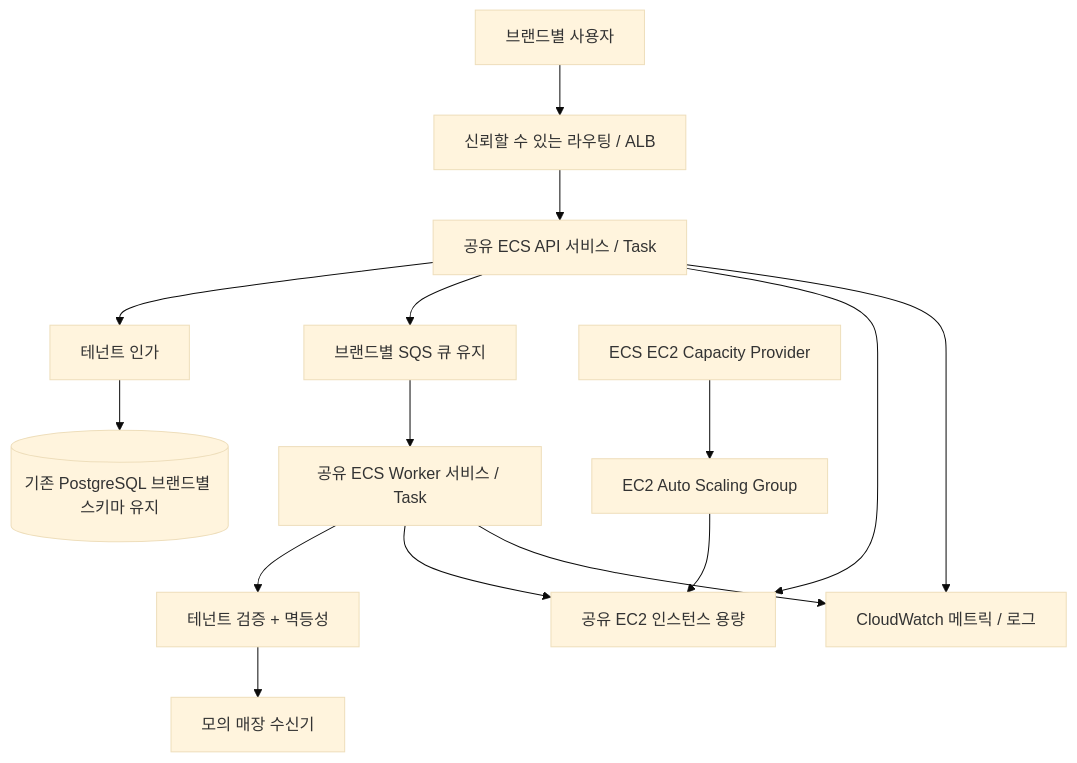
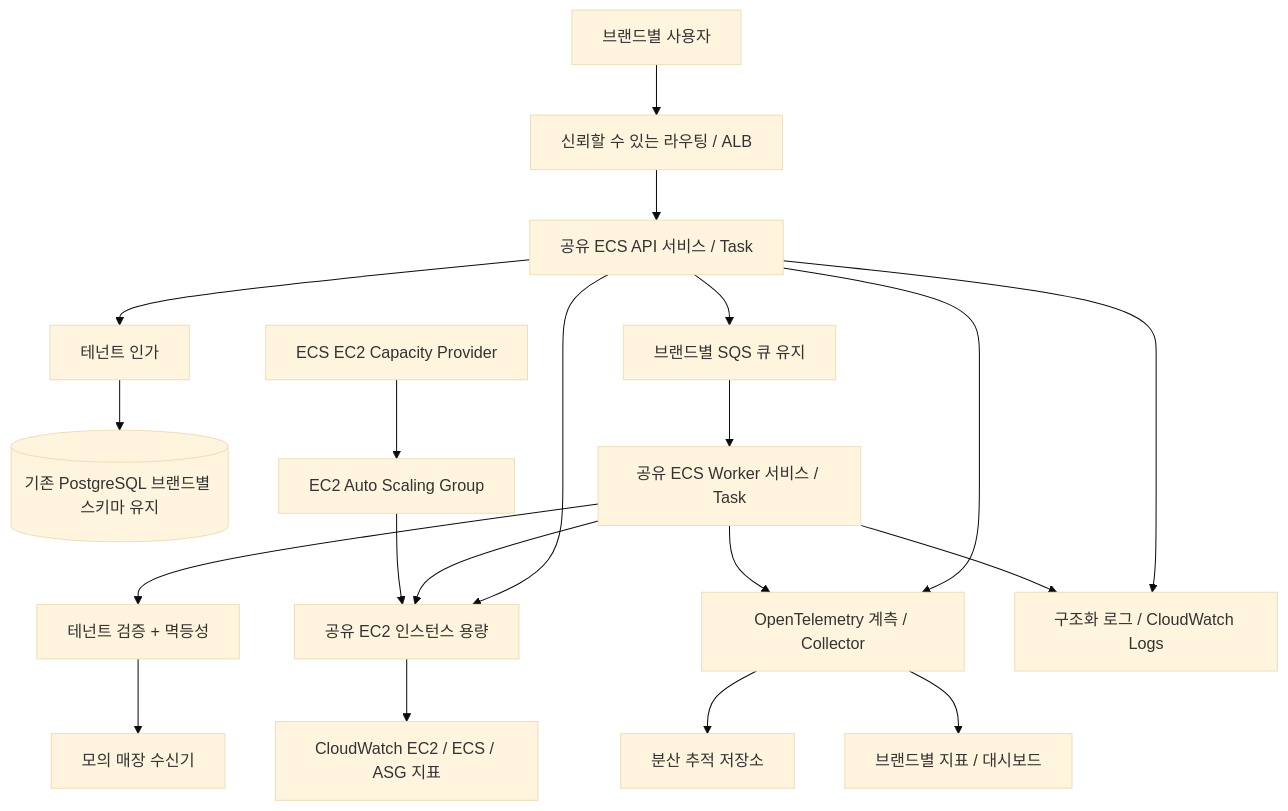
Before and after one commit to HwangChulHee/multi-tenant-saas-modernization: the second of 2 diagrams in docs/02-architecture.md, drawn with Mermaid (base theme). The commit also changed other lines of this file, not shown here.

Commit message:
docs: make observability mandatory in project scope

````diff
--- a/docs/02-architecture.md
+++ b/docs/02-architecture.md
@@ -25,17 +25,22 @@
 ```mermaid
 flowchart TB
   U[브랜드별 사용자] --> R[신뢰할 수 있는 라우팅 / ALB]
   R --> API[공유 ECS API 서비스 / Task]
   API --> AUTH[테넌트 인가]
   AUTH --> DS[(기존 PostgreSQL 브랜드별 스키마 유지)]
   API --> Q[브랜드별 SQS 큐 유지]
   Q --> W[공유 ECS Worker 서비스 / Task]
   W --> GUARD[테넌트 검증 + 멱등성]
   GUARD --> POS[모의 매장 수신기]
   API --> EC2[공유 EC2 인스턴스 용량]
   W --> EC2
   CP[ECS EC2 Capacity Provider] --> ASG[EC2 Auto Scaling Group]
   ASG --> EC2
-  API --> OBS[CloudWatch 메트릭 / 로그]
-  W --> OBS
+  API --> OTel[OpenTelemetry 계측 / Collector]
+  W --> OTel
+  OTel --> TRACE[분산 추적 저장소]
+  API --> LOG[구조화 로그 / CloudWatch Logs]
+  W --> LOG
+  EC2 --> CW[CloudWatch EC2 / ECS / ASG 지표]
+  OTel --> METRIC[브랜드별 지표 / 대시보드]
 ```
````
